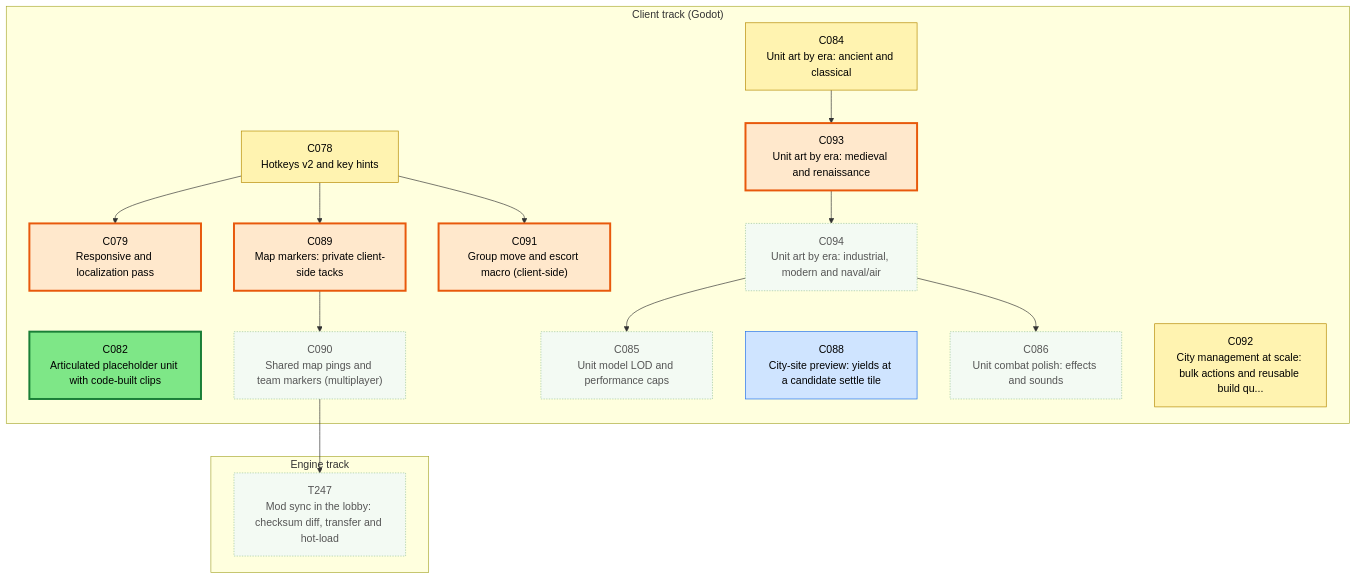
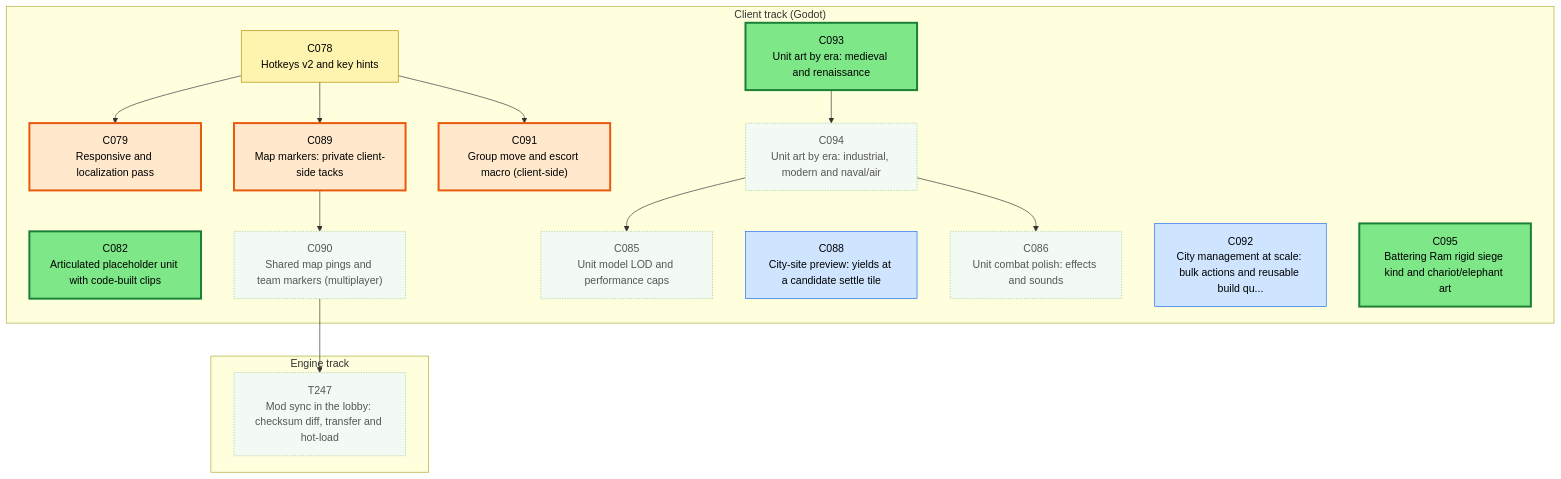
The first of 3 diagrams in csharp/migration/DEPENDENCY_MAP.md (Kenmura/Unciv), drawn with Mermaid before and after one commit. The commit also changed other lines of this file and 1 other file, not shown here.

Commit message:
migration: review C084 pass [Adversarial Review]

````diff
--- a/csharp/migration/DEPENDENCY_MAP.md
+++ b/csharp/migration/DEPENDENCY_MAP.md
@@ -25,51 +25,50 @@
 ```mermaid
 flowchart TD
   subgraph TTRACK["Engine track"]
     T247["T247<br/>Mod sync in the lobby: checksum diff, transfer and hot-load"]
   end
   subgraph CTRACK["Client track (Godot)"]
     C078["C078<br/>Hotkeys v2 and key hints"]
     C079["C079<br/>Responsive and localization pass"]
     C082["C082<br/>Articulated placeholder unit with code-built clips"]
-    C084["C084<br/>Unit art by era: ancient and classical"]
     C085["C085<br/>Unit model LOD and performance caps"]
     C086["C086<br/>Unit combat polish: effects and sounds"]
     C088["C088<br/>City-site preview: yields at a candidate settle tile"]
     C089["C089<br/>Map markers: private client-side tacks"]
     C090["C090<br/>Shared map pings and team markers (multiplayer)"]
     C091["C091<br/>Group move and escort macro (client-side)"]
     C092["C092<br/>City management at scale: bulk actions and reusable build qu..."]
     C093["C093<br/>Unit art by era: medieval and renaissance"]
     C094["C094<br/>Unit art by era: industrial, modern and naval/air"]
+    C095["C095<br/>Battering Ram rigid siege kind and chariot/elephant art"]
   end
   C090 --> T247
   C078 --> C079
   C094 --> C085
   C094 --> C086
   C078 --> C089
   C089 --> C090
   C078 --> C091
-  C084 --> C093
   C093 --> C094
   classDef waiting fill:#f3faf3,stroke:#9bc49b,color:#555,stroke-dasharray:2 2
   classDef ondeck fill:#ffe8cc,stroke:#e8590c,stroke-width:3px,color:#000
   classDef ready fill:#7ee787,stroke:#1a7f37,stroke-width:3px,color:#000
   classDef prog fill:#fff3b0,stroke:#b58900,color:#000
   classDef review fill:#cfe4ff,stroke:#1f6feb,color:#000
   classDef blocked fill:#ffd6d6,stroke:#c62828,color:#000
   classDef done fill:#eeeeee,stroke:#999999,color:#666,stroke-dasharray:4 3
   class C078 prog
   class C079 ondeck
   class C082 ready
-  class C084 prog
   class C085 waiting
   class C086 waiting
   class C088 review
   class C089 ondeck
   class C090 waiting
   class C091 ondeck
-  class C092 prog
-  class C093 ondeck
+  class C092 review
+  class C093 ready
   class C094 waiting
+  class C095 ready
   class T247 waiting
 ```
````
